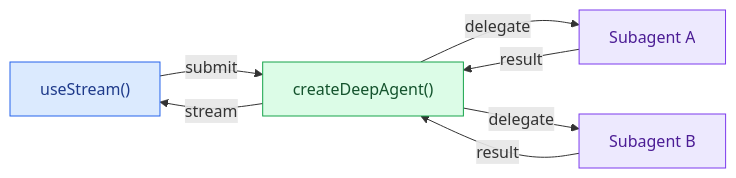
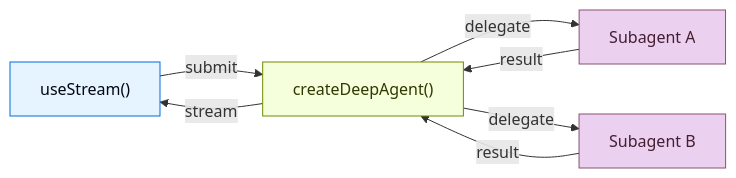
The diagram in oss/javascript/deepagents/frontend/overview.mdx (kunfan96/cndocs-langchain), drawn with Mermaid before and after one commit. The commit also changed other lines of this file and 2538 other files, not shown here.

````diff
--- a/oss/javascript/deepagents/frontend/overview.mdx
+++ b/oss/javascript/deepagents/frontend/overview.mdx
@@ -12,29 +12,29 @@
 ```mermaid
 %%{
   init: {
     "fontFamily": "monospace",
     "flowchart": {
       "curve": "curve"
     }
   }
 }%%
 graph LR
   FRONTEND["useStream()"]
   BACKEND["createDeepAgent()"]
   SUB1["Subagent A"]
   SUB2["Subagent B"]
 
   BACKEND --"stream"--> FRONTEND
   FRONTEND --"submit"--> BACKEND
   BACKEND --"delegate"--> SUB1
   BACKEND --"delegate"--> SUB2
   SUB1 --"result"--> BACKEND
   SUB2 --"result"--> BACKEND
 
-  classDef blueHighlight fill:#DBEAFE,stroke:#2563EB,color:#1E3A8A;
-  classDef greenHighlight fill:#DCFCE7,stroke:#16A34A,color:#14532D;
-  classDef purpleHighlight fill:#EDE9FE,stroke:#7C3AED,color:#4C1D95;
+  classDef blueHighlight fill:#E5F4FF,stroke:#006DDD,color:#030710;
+  classDef greenHighlight fill:#F6FFDB,stroke:#6E8900,color:#2E3900;
+  classDef purpleHighlight fill:#EBD0F0,stroke:#885270,color:#441E33;
   class FRONTEND blueHighlight;
   class BACKEND greenHighlight;
   class SUB1,SUB2 purpleHighlight;
 ```
````
